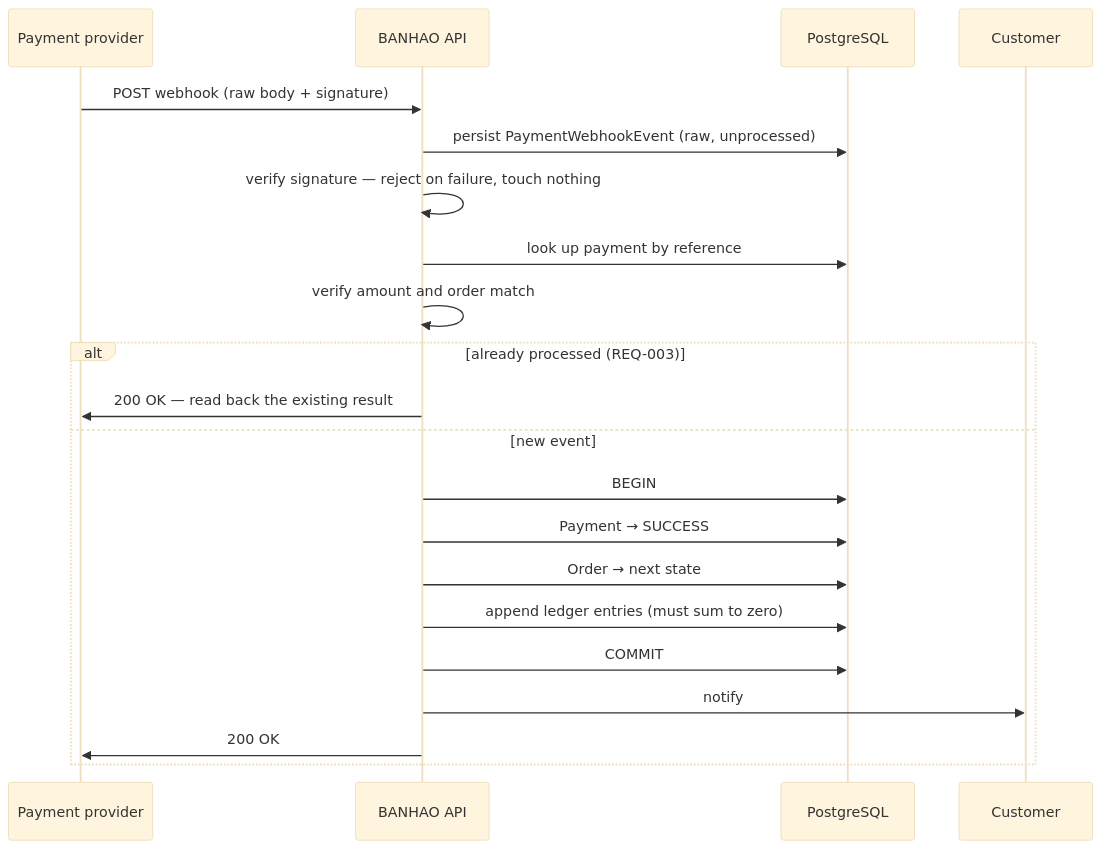
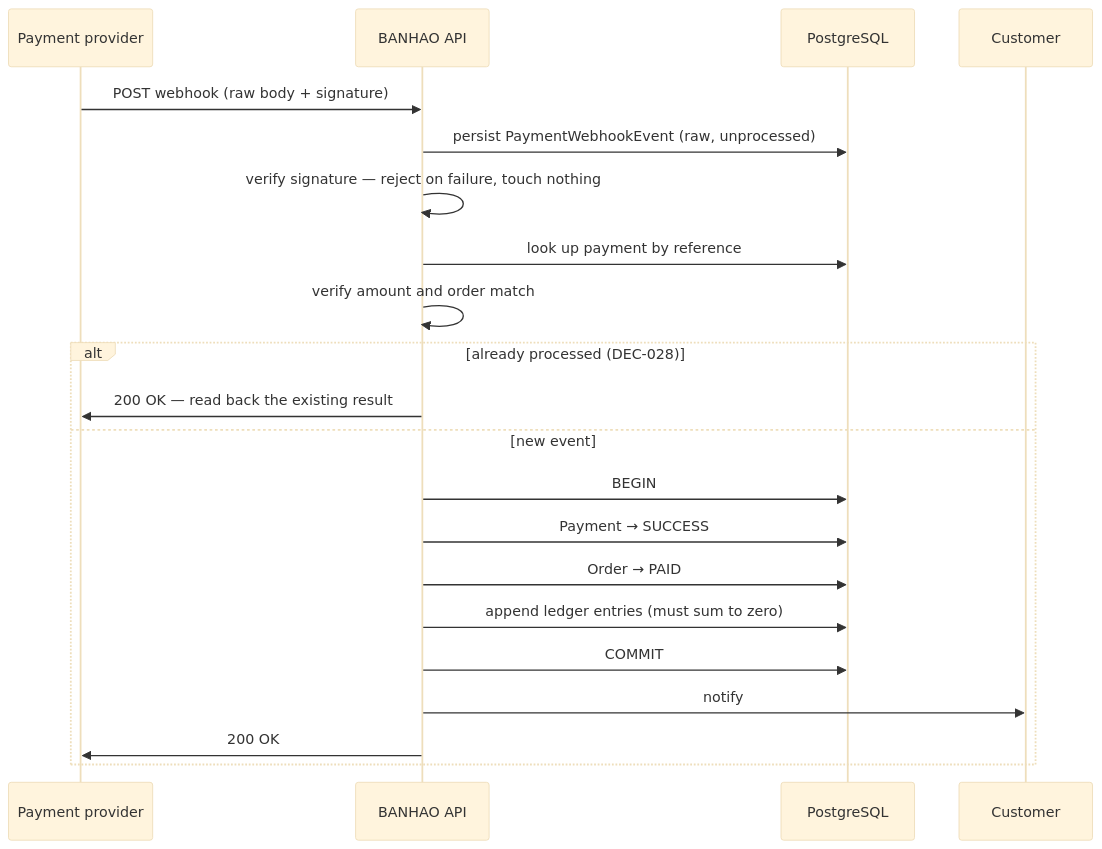
One commit to kmandev/banhao-design changed the second of 3 diagrams in docs/PAYMENT_LIFECYCLE.md. Above: the diagram before and after it, drawn with Mermaid (base theme). The commit also changed other lines of this file and 18 other files, not shown here.

````diff
--- a/docs/PAYMENT_LIFECYCLE.md
+++ b/docs/PAYMENT_LIFECYCLE.md
@@ -133,24 +171,24 @@
 ```mermaid
 sequenceDiagram
     participant P as Payment provider
     participant API as BANHAO API
     participant DB as PostgreSQL
     participant C as Customer
 
     P->>API: POST webhook (raw body + signature)
     API->>DB: persist PaymentWebhookEvent (raw, unprocessed)
     API->>API: verify signature — reject on failure, touch nothing
     API->>DB: look up payment by reference
     API->>API: verify amount and order match
-    alt already processed (REQ-003)
+    alt already processed (DEC-028)
         API->>P: 200 OK — read back the existing result
     else new event
         API->>DB: BEGIN
         API->>DB: Payment → SUCCESS
-        API->>DB: Order → next state
+        API->>DB: Order → PAID
         API->>DB: append ledger entries (must sum to zero)
         API->>DB: COMMIT
         API->>C: notify
         API->>P: 200 OK
     end
 ```
````
